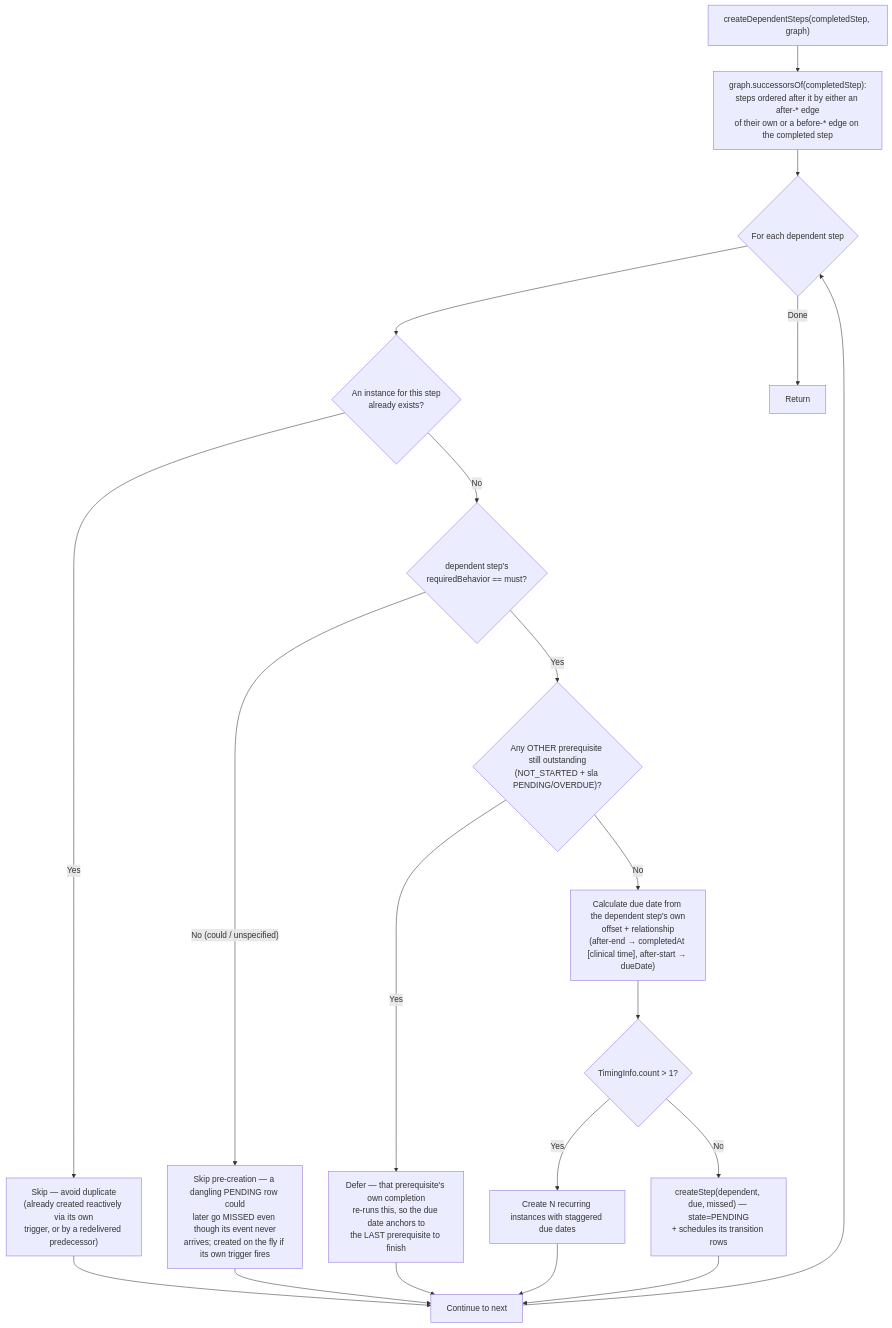
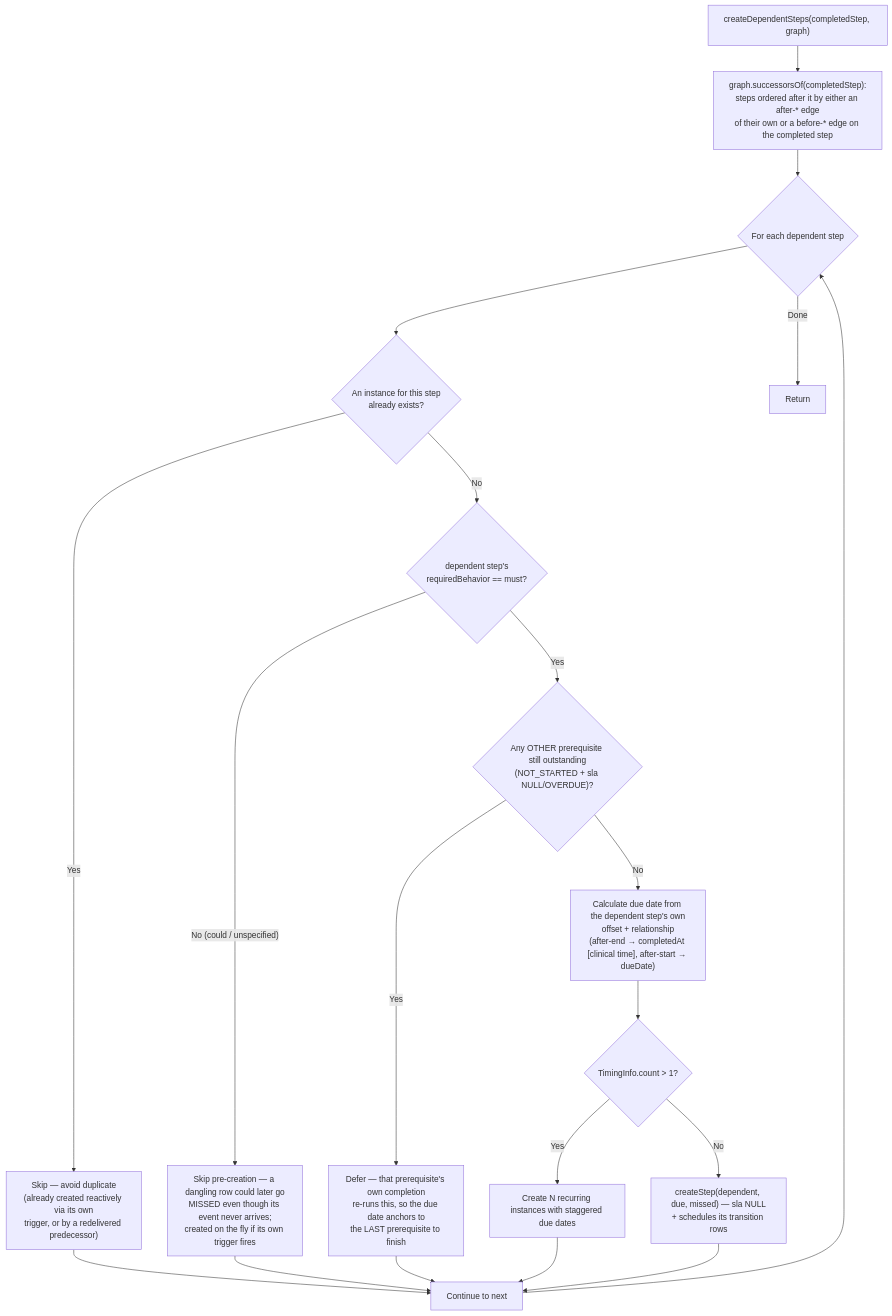
One commit to Jayaprakash8887/cce-matcher-service changed the tenth of 11 diagrams in docs/flow-diagrams.md. Above: the diagram before and after it, drawn with Mermaid. The commit also changed other lines of this file and 28 other files, not shown here.

````diff
--- a/docs/flow-diagrams.md
+++ b/docs/flow-diagrams.md
@@ -461,24 +458,24 @@
 ```mermaid
 flowchart TD
     START["createDependentSteps(completedStep, graph)"] --> FIND["graph.successorsOf(completedStep):<br/>steps ordered after it by either an after-* edge<br/>of their own or a before-* edge on the completed step"]
     FIND --> LOOP{"For each dependent step"}
     LOOP --> DEDUP{"An instance for this step<br/>already exists?"}
     DEDUP -->|"Yes"| SKIP["Skip — avoid duplicate<br/>(already created reactively via its own<br/>trigger, or by a redelivered predecessor)"]
     DEDUP -->|"No"| MUST{"dependent step's<br/>requiredBehavior == must?"}
-    MUST -->|"No (could / unspecified)"| SKIP2["Skip pre-creation — a dangling PENDING row could<br/>later go MISSED even though its event never<br/>arrives; created on the fly if its own trigger fires"]
-    MUST -->|"Yes"| FANIN{"Any OTHER prerequisite still outstanding<br/>(NOT_STARTED + sla PENDING/OVERDUE)?"}
+    MUST -->|"No (could / unspecified)"| SKIP2["Skip pre-creation — a dangling row could later go<br/>MISSED even though its event never arrives;<br/>created on the fly if its own trigger fires"]
+    MUST -->|"Yes"| FANIN{"Any OTHER prerequisite still outstanding<br/>(NOT_STARTED + sla NULL/OVERDUE)?"}
     FANIN -->|"Yes"| SKIP3["Defer — that prerequisite's own completion<br/>re-runs this, so the due date anchors to<br/>the LAST prerequisite to finish"]
     FANIN -->|"No"| CALC["Calculate due date from the dependent step's own<br/>offset + relationship<br/>(after-end → completedAt [clinical time], after-start → dueDate)"]
     CALC --> RECURRING{"TimingInfo.count > 1?"}
 
     RECURRING -->|"Yes"| MULTI["Create N recurring instances with staggered due dates"]
-    RECURRING -->|"No"| SINGLE["createStep(dependent, due, missed) — state=PENDING<br/>+ schedules its transition rows"]
+    RECURRING -->|"No"| SINGLE["createStep(dependent, due, missed) — sla NULL<br/>+ schedules its transition rows"]
 
     MULTI --> NEXT["Continue to next"]
     SINGLE --> NEXT
     SKIP --> NEXT
     SKIP2 --> NEXT
     SKIP3 --> NEXT
     NEXT --> LOOP
     LOOP -->|"Done"| END["Return"]
 ```
````
